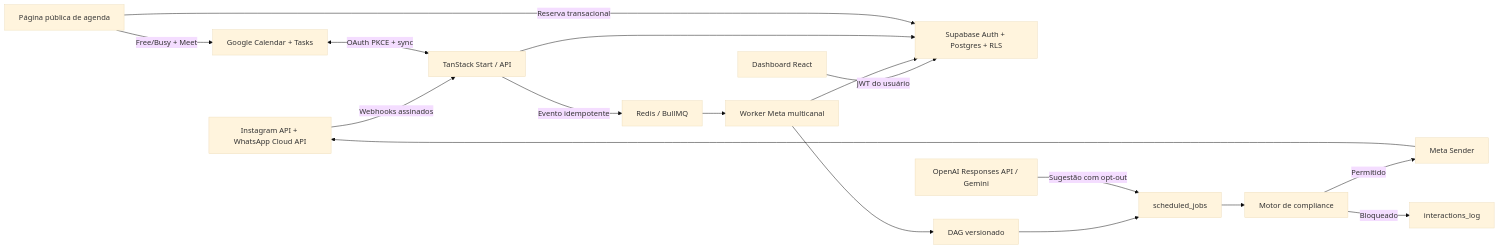
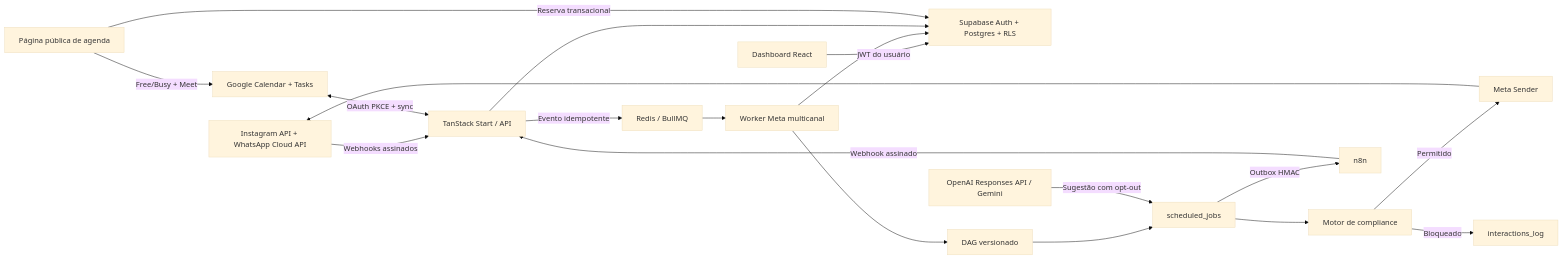
The diagram in README.md (ShunWalChin/WalChat), drawn with Mermaid (base theme) before and after one commit. The commit also changed other lines of this file and 25 other files, not shown here.

````diff
--- a/README.md
+++ b/README.md
@@ -64,19 +67,21 @@
 ```mermaid
 flowchart LR
     Meta["Instagram API + WhatsApp Cloud API"] -->|"Webhooks assinados"| Webhook["TanStack Start / API"]
     Browser["Dashboard React"] -->|"JWT do usuário"| Supabase["Supabase Auth + Postgres + RLS"]
     Webhook -->|"Evento idempotente"| Redis["Redis / BullMQ"]
     Redis --> Worker["Worker Meta multicanal"]
     Worker --> Supabase
     Worker --> Engine["DAG versionado"]
     Engine --> Scheduler["scheduled_jobs"]
     Scheduler --> Compliance["Motor de compliance"]
     Compliance -->|"Permitido"| Sender["Meta Sender"]
     Compliance -->|"Bloqueado"| Audit["interactions_log"]
     Sender --> Meta
     Webhook --> Supabase
     AI["OpenAI Responses API / Gemini"] -->|"Sugestão com opt-out"| Scheduler
     Google["Google Calendar + Tasks"] <-->|"OAuth PKCE + sync"| Webhook
     Booking["Página pública de agenda"] -->|"Reserva transacional"| Supabase
     Booking -->|"Free/Busy + Meet"| Google
+    Scheduler -->|"Outbox HMAC"| N8N["n8n"]
+    N8N -->|"Webhook assinado"| Webhook
 ```
````
